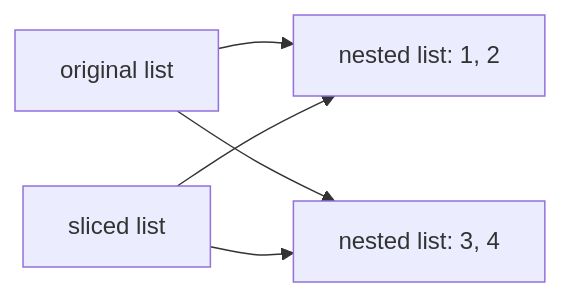
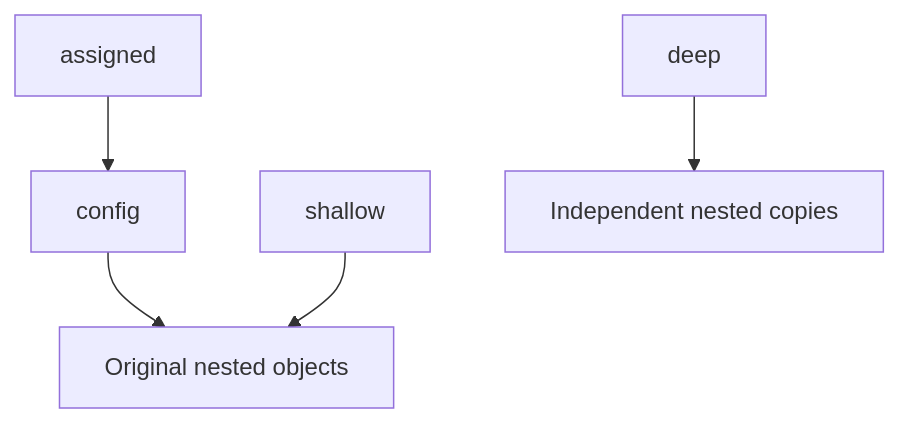
Before and after one commit to AvadhBhalodiya/Interview-Preparation: the fifth of 6 diagrams in src/content/python/shallow-vs-deep-copy.md, drawn with Mermaid. The commit also changed other lines of this file and 80 other files, not shown here.

````diff
--- a/src/content/python/shallow-vs-deep-copy.md
+++ b/src/content/python/shallow-vs-deep-copy.md
@@ -350,8 +205,12 @@
 ```mermaid
-flowchart LR
-    O["original list"] --> A["nested list: 1, 2"]
-    O --> B["nested list: 3, 4"]
+flowchart TD
+    C["config"]
+    A["assigned"]
+    S["shallow"]
+    D["deep"]
 
-    C["sliced list"] --> A
-    C --> B
+    C --> N1["Original nested objects"]
+    A --> C
+    S --> N1
+    D --> N2["Independent nested copies"]
 ```
````
